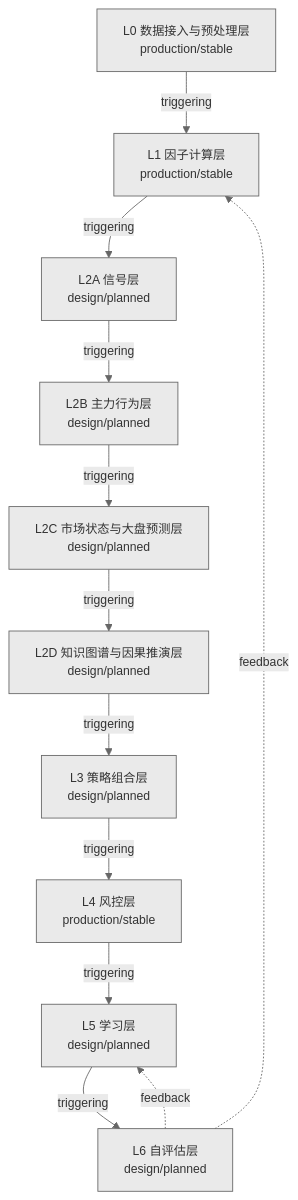
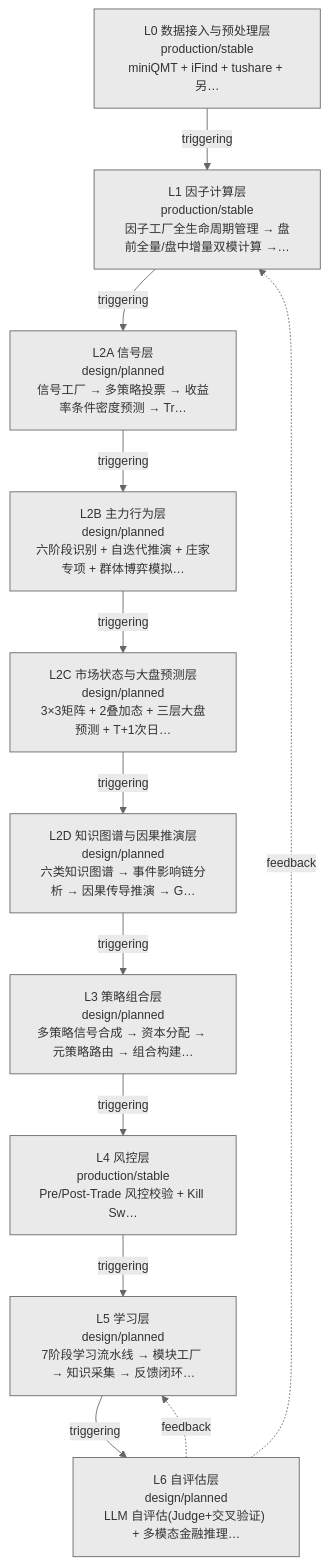
One commit to xuanFelixVan/ZephyrAlpha changed the diagram in docs/02_enterprise_architecture/06_decision_architecture/20_decision_layers.md. Above: the diagram before and after it, drawn with Mermaid. The commit also changed other lines of this file and 17 other files, not shown here.

First line of the commit message:
feat(decision-diagram): Layer 节点标签加入功能简介（截断）

````diff
--- a/docs/02_enterprise_architecture/06_decision_architecture/20_decision_layers.md
+++ b/docs/02_enterprise_architecture/06_decision_architecture/20_decision_layers.md
@@ -10,25 +10,25 @@
 ```mermaid
 %%{init: {'theme': 'base', 'themeVariables': {'primaryColor': '#eaeaea', 'primaryTextColor': '#333333', 'primaryBorderColor': '#666666', 'lineColor': '#666666', 'secondaryColor': '#eaeaea', 'tertiaryColor': '#eaeaea', 'fontSize': '14px'}}}%%
 flowchart TD
-    LL0["L0 数据接入与预处理层<br/>production/stable"]
-    LL1["L1 因子计算层<br/>production/stable"]
-    LL2A["L2A 信号层<br/>design/planned"]
-    LL2B["L2B 主力行为层<br/>design/planned"]
-    LL2C["L2C 市场状态与大盘预测层<br/>design/planned"]
-    LL2D["L2D 知识图谱与因果推演层<br/>design/planned"]
-    LL3["L3 策略组合层<br/>design/planned"]
-    LL4["L4 风控层<br/>production/stable"]
-    LL5["L5 学习层<br/>design/planned"]
-    LL6["L6 自评估层<br/>design/planned"]
+    LL0["L0 数据接入与预处理层<br/>production/stable<br/>miniQMT + iFind + tushare + 另…"]
+    LL1["L1 因子计算层<br/>production/stable<br/>因子工厂全生命周期管理 → 盘前全量/盘中增量双模计算 →…"]
+    LL2A["L2A 信号层<br/>design/planned<br/>信号工厂 → 多策略投票 → 收益率条件密度预测 → Tr…"]
+    LL2B["L2B 主力行为层<br/>design/planned<br/>六阶段识别 + 自迭代推演 + 庄家专项 + 群体博弈模拟…"]
+    LL2C["L2C 市场状态与大盘预测层<br/>design/planned<br/>3×3矩阵 + 2叠加态 + 三层大盘预测 + T+1次日…"]
+    LL2D["L2D 知识图谱与因果推演层<br/>design/planned<br/>六类知识图谱 → 事件影响链分析 → 因果传导推演 → G…"]
+    LL3["L3 策略组合层<br/>design/planned<br/>多策略信号合成 → 资本分配 → 元策略路由 → 组合构建…"]
+    LL4["L4 风控层<br/>production/stable<br/>Pre/Post-Trade 风控校验 + Kill Sw…"]
+    LL5["L5 学习层<br/>design/planned<br/>7阶段学习流水线 → 模块工厂 → 知识采集 → 反馈闭环…"]
+    LL6["L6 自评估层<br/>design/planned<br/>LLM 自评估(Judge+交叉验证) + 多模态金融推理…"]
     LL0 -->|triggering| LL1
     LL1 -->|triggering| LL2A
     LL2A -->|triggering| LL2B
     LL2B -->|triggering| LL2C
     LL2C -->|triggering| LL2D
     LL2D -->|triggering| LL3
     LL3 -->|triggering| LL4
     LL4 -->|triggering| LL5
     LL5 -->|triggering| LL6
     LL6 -.->|feedback| LL1
     LL6 -.->|feedback| LL5
 ```
````
